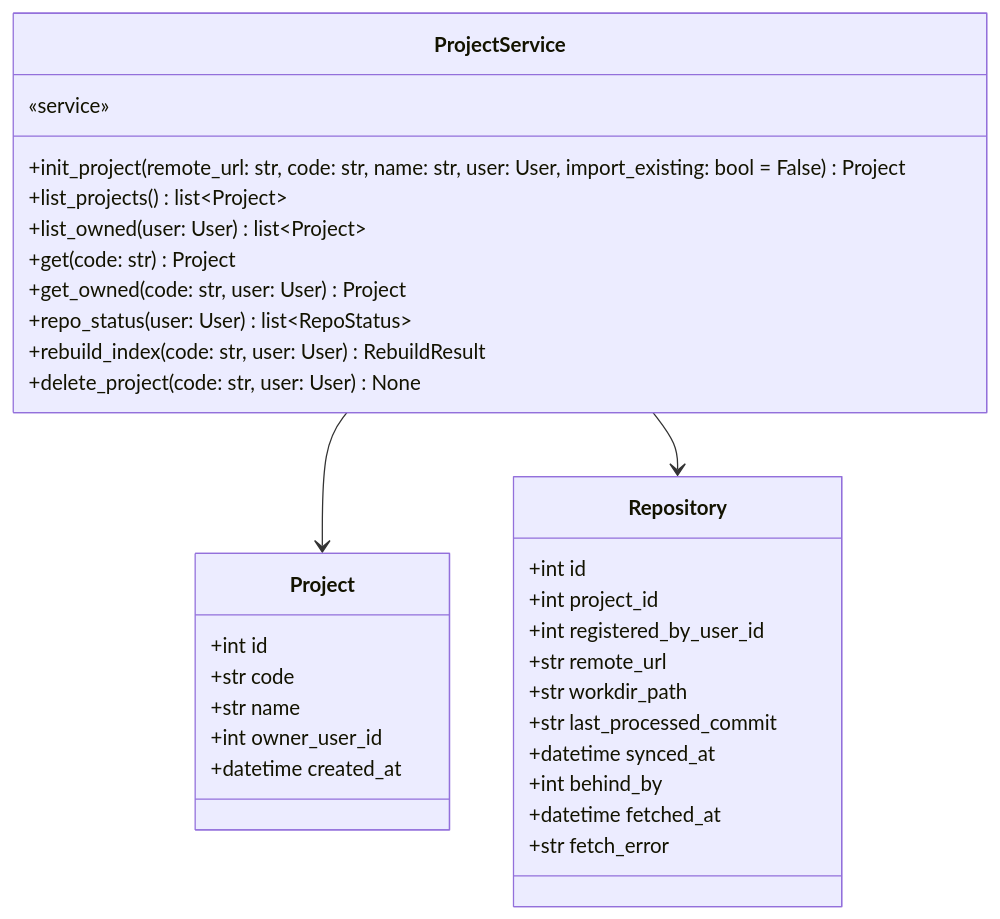
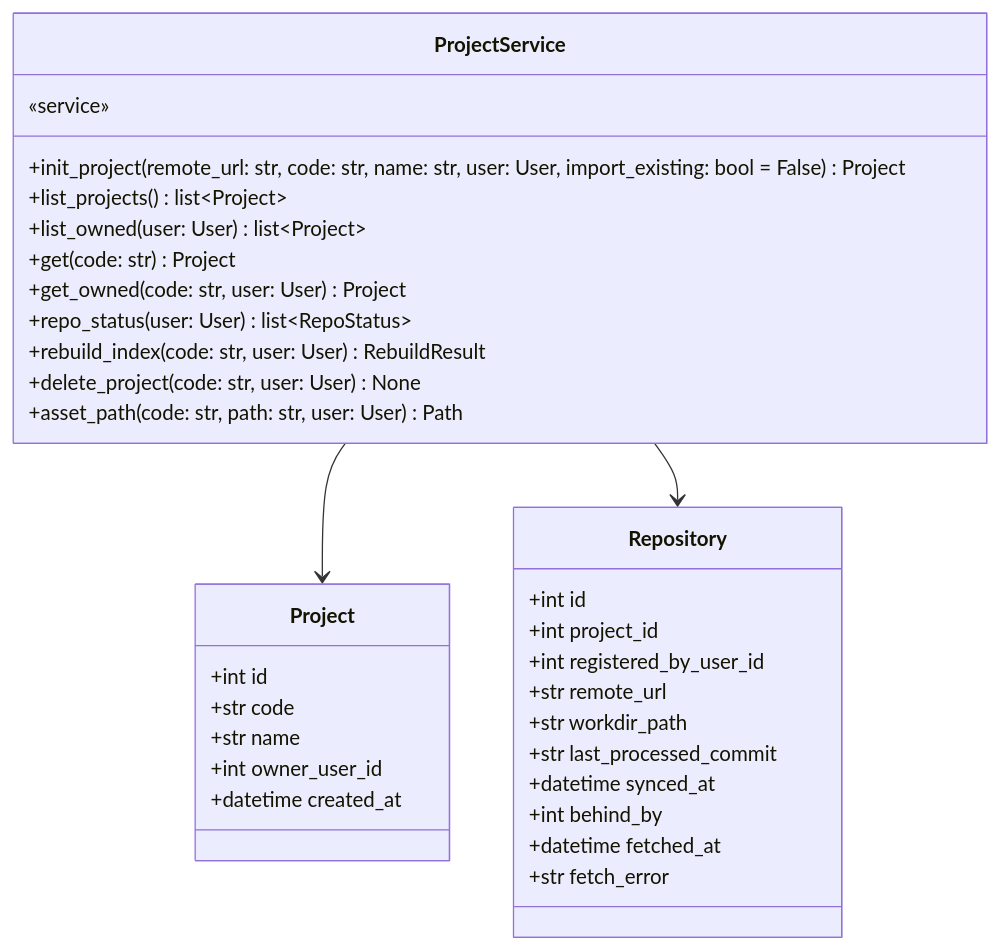
Diagram 13 of 16 in docs/specs/06-DOM/SYNC-DOM-002.md (HoyoungParkme/syncdoc), drawn with Mermaid before and after one commit. The commit also changed other lines of this file and 28 other files, not shown here.

````diff
--- a/docs/specs/06-DOM/SYNC-DOM-002.md
+++ b/docs/specs/06-DOM/SYNC-DOM-002.md
@@ -522,35 +522,36 @@
 ```mermaid
 classDiagram
     class ProjectService {
         «service»
         +init_project(remote_url: str, code: str, name: str, user: User, import_existing: bool = False) Project
         +list_projects() list~Project~
         +list_owned(user: User) list~Project~
         +get(code: str) Project
         +get_owned(code: str, user: User) Project
         +repo_status(user: User) list~RepoStatus~
         +rebuild_index(code: str, user: User) RebuildResult
         +delete_project(code: str, user: User) None
+        +asset_path(code: str, path: str, user: User) Path
     }
     class Project {
         +int id
         +str code
         +str name
         +int owner_user_id
         +datetime created_at
     }
     class Repository {
         +int id
         +int project_id
         +int registered_by_user_id
         +str remote_url
         +str workdir_path
         +str last_processed_commit
         +datetime synced_at
         +int behind_by
         +datetime fetched_at
         +str fetch_error
     }
     ProjectService --> Project
     ProjectService --> Repository
 ```
````
